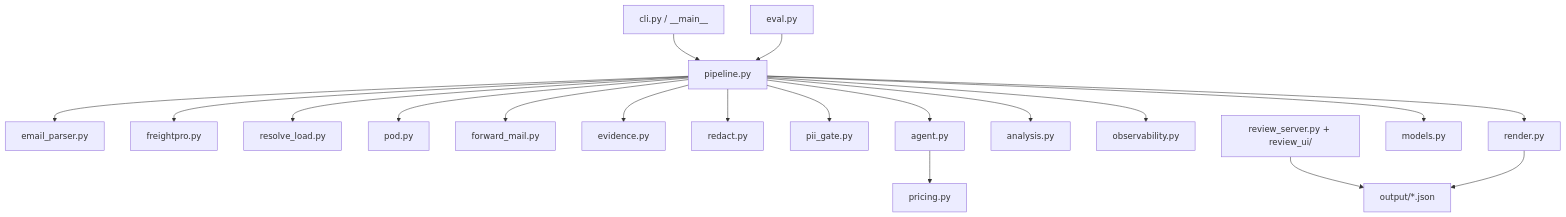
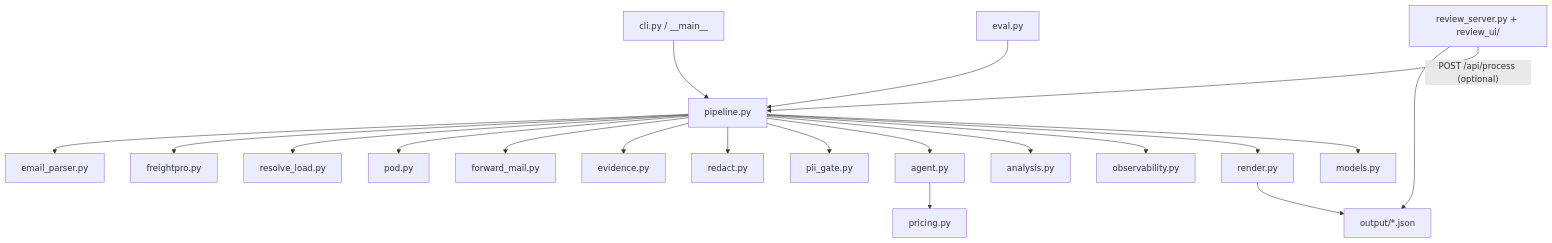
Before and after one commit to AryanSethiya/meridian: the first of 8 diagrams in MODULES.md, drawn with Mermaid. The commit also changed other lines of this file and 6 other files, not shown here.

````diff
--- a/MODULES.md
+++ b/MODULES.md
@@ -10,21 +10,22 @@
 ```mermaid
 flowchart TD
   CLI["cli.py / __main__"] --> PIPE["pipeline.py"]
   PIPE --> PARSE["email_parser.py"]
   PIPE --> FP["freightpro.py"]
   PIPE --> RES["resolve_load.py"]
   PIPE --> POD["pod.py"]
   PIPE --> FWD["forward_mail.py"]
   PIPE --> EV["evidence.py"]
   PIPE --> RED["redact.py"]
   PIPE --> GATE["pii_gate.py"]
   PIPE --> AGENT["agent.py"]
   PIPE --> AN["analysis.py"]
   PIPE --> OBS["observability.py"]
   PIPE --> REN["render.py"]
   AGENT --> PRICE["pricing.py"]
   PIPE --> MOD["models.py"]
   EVAL["eval.py"] --> PIPE
   REV["review_server.py + review_ui/"] --> OUT["output/*.json"]
+  REV -->|"POST /api/process (optional)"| PIPE
   REN --> OUT
 ```
````
